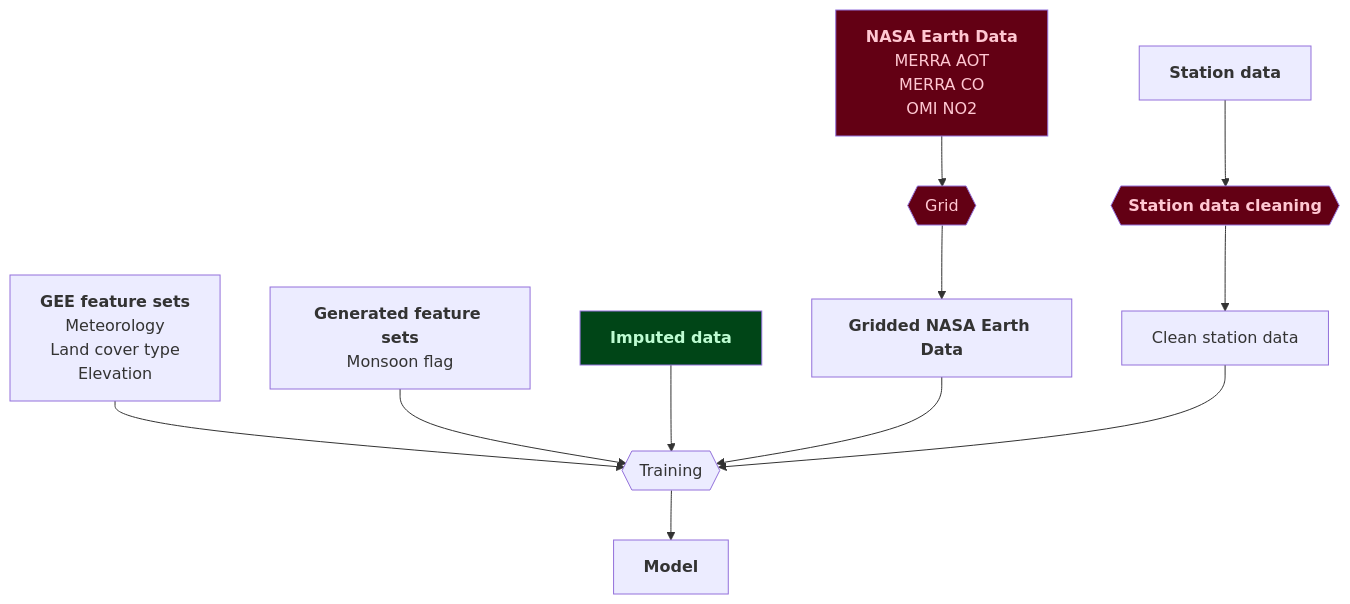
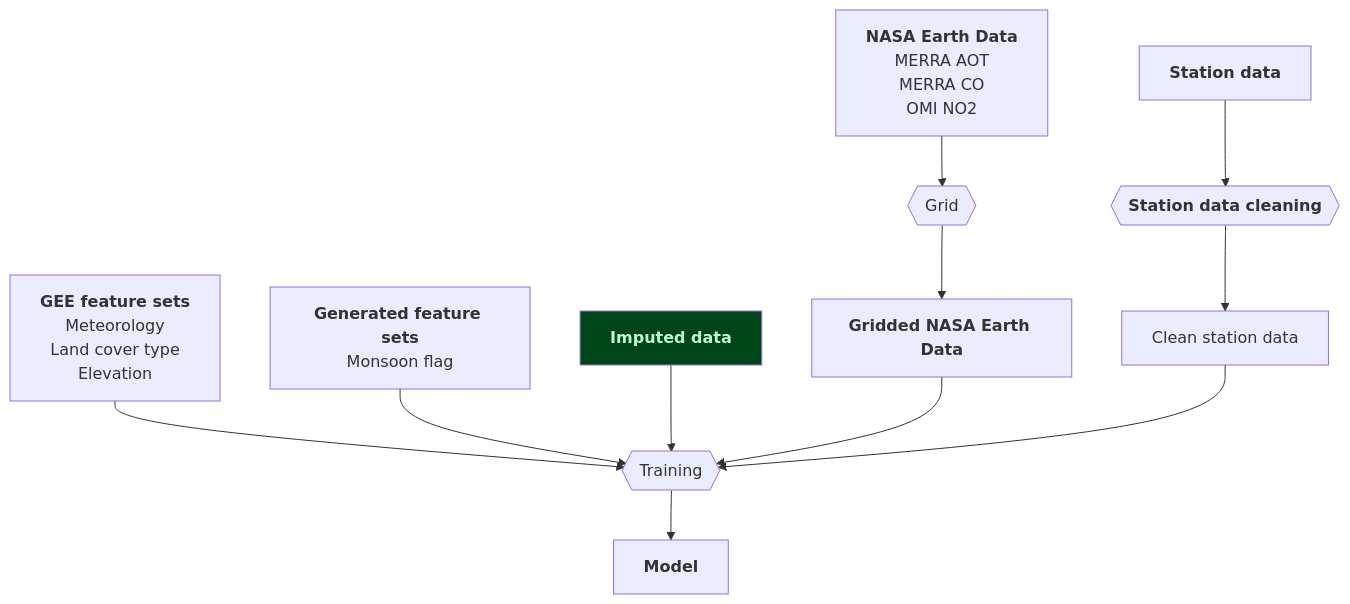
One commit to energyandcleanair/india_map changed the fourth of 4 diagrams in README.md. Above: the diagram before and after it, drawn with Mermaid. The commit also changed other lines of this file, not shown here.

````diff
--- a/README.md
+++ b/README.md
@@ -163,71 +225,68 @@
 ```mermaid
 %%{init: {"flowchart": {"htmlLabels": false}} }%%
 flowchart TB
   direction TB
 
   nasa_earth_data["`
     **NASA Earth Data**
     MERRA AOT
     MERRA CO
     OMI NO2
   `"]
   grid_nasa_earth_data{{"Grid"}}
   gridded_nasa_earth_data["`
     **Gridded NASA Earth Data**
   `"]
 
   gee_feature_sets["`
     **GEE feature sets**
     Meteorology
     Land cover type
     Elevation
   `"]
 
   generated_feature_sets["`
     **Generated feature sets**
     Monsoon flag
   `"]
 
   imputed_data["`
     **Imputed data**
   `"]
 
   station_data["`
     **Station data**
   `"]
 
   station_data_cleaning{{"`
     **Station data cleaning**
   `"}}
 
   clean_station_data["`
     Clean station data
   `"]
 
   training{{Training}}
 
   model["`
     **Model**
   `"]
 
   nasa_earth_data --> grid_nasa_earth_data --> gridded_nasa_earth_data
 
   station_data --> station_data_cleaning --> clean_station_data
 
   gee_feature_sets --> training
   generated_feature_sets --> training
   imputed_data --> training
   gridded_nasa_earth_data --> training
   clean_station_data --> training
 
   training --> model
 
-  classDef missing fill:#630014,color:#ffc7d2;
   classDef from_elsewhere fill:#004517,color:#bdfcd2;
-
-  class nasa_earth_data,grid_nasa_earth_data,feature_sets,grid_feature_sets,station_data_cleaning missing
 
   class imputed_data from_elsewhere
 
 
 ```
````
